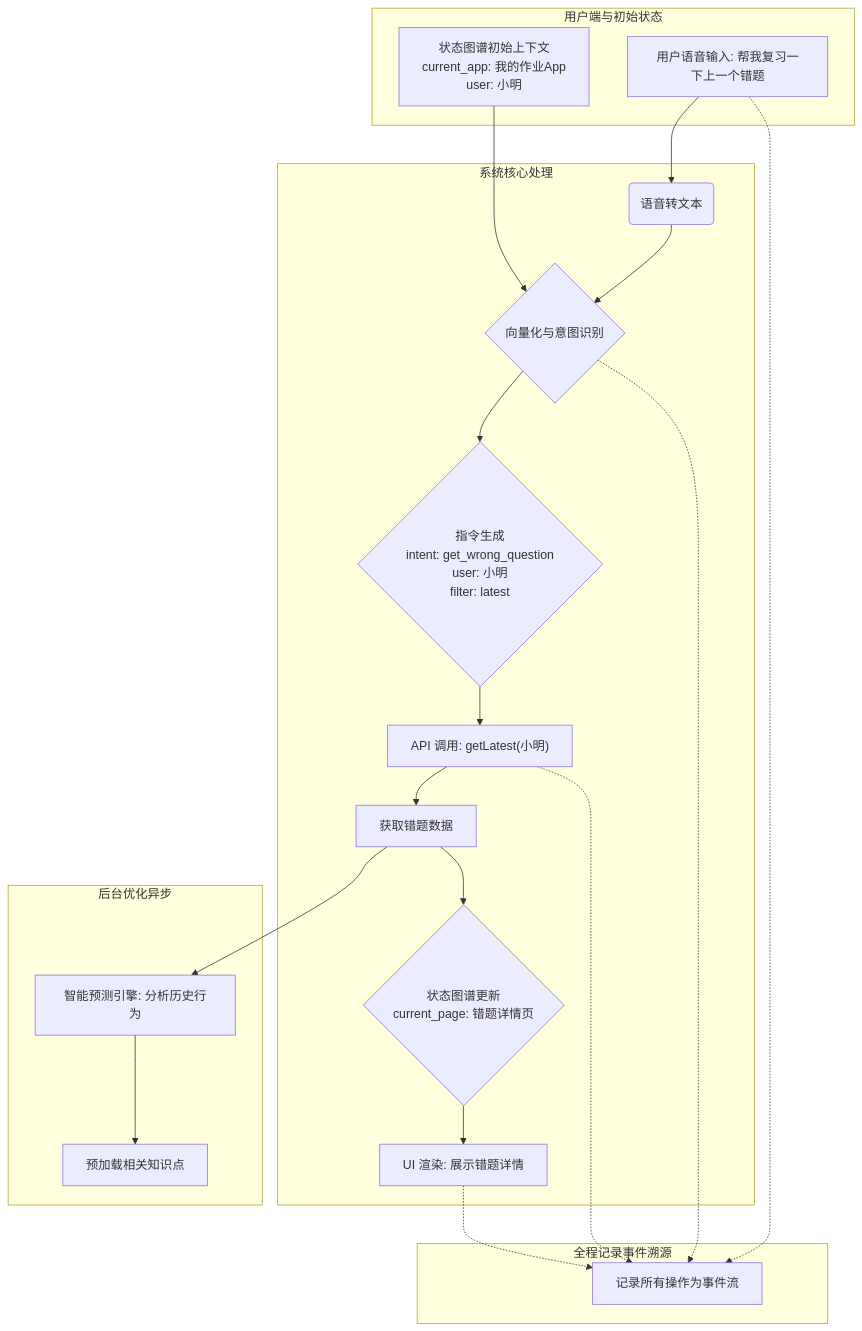
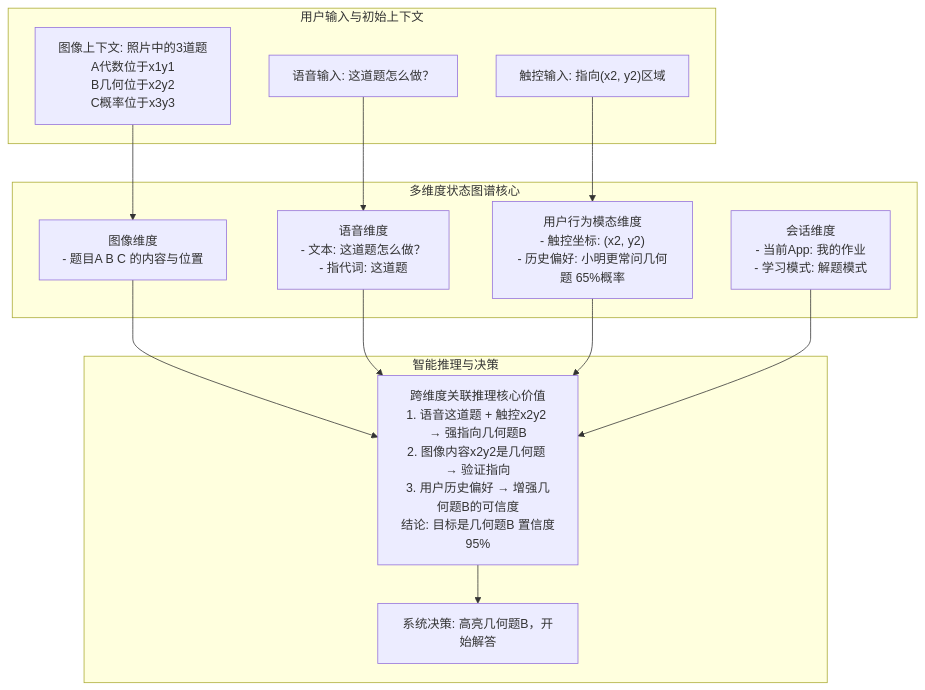
One commit to iheCoder/code_for_article changed the second of 3 diagrams in multimoding/多模态上下文管理探讨.md. Above: the diagram before and after it, drawn with Mermaid. The commit also changed other lines of this file, not shown here.

Commit message:
multi model article add flow char, cases

````diff
--- a/multimoding/多模态上下文管理探讨.md
+++ b/multimoding/多模态上下文管理探讨.md
@@ -445,43 +622,29 @@
 ```mermaid
 graph TD
-    subgraph 用户端与初始状态
-        A["用户语音输入: 帮我复习一下上一个错题"]
-        D["状态图谱初始上下文<br/>current_app: 我的作业App<br/>user: 小明"]
+    subgraph 用户输入与初始上下文
+        A["语音输入: 这道题怎么做？"]
+        B["触控输入: 指向(x2, y2)区域"]
+        C["图像上下文: 照片中的3道题<br/>A代数位于x1y1<br/>B几何位于x2y2<br/>C概率位于x3y3"]
     end
 
-    subgraph 系统核心处理
-        B("语音转文本")
-        C{"向量化与意图识别"}
-        E{"指令生成<br/>intent: get_wrong_question<br/>user: 小明<br/>filter: latest"}
-        F["API 调用: getLatest(小明)"]
-        G["获取错题数据"]
-        H{"状态图谱更新<br/>current_page: 错题详情页"}
-        I["UI 渲染: 展示错题详情"]
+    subgraph 多维度状态图谱核心
+        D["图像维度<br/>- 题目A B C 的内容与位置"]
+        E["语音维度<br/>- 文本: 这道题怎么做？<br/>- 指代词: 这道题"]
+        F["用户行为模态维度<br/>- 触控坐标: (x2, y2)<br/>- 历史偏好: 小明更常问几何题 65%概率"]
+        G["会话维度<br/>- 当前App: 我的作业<br/>- 学习模式: 解题模式"]
     end
 
-    subgraph 后台优化异步
-        J["智能预测引擎: 分析历史行为"]
-        K["预加载相关知识点"]
+    subgraph 智能推理与决策
+        H["跨维度关联推理核心价值<br/>1. 语音这道题 + 触控x2y2 → 强指向几何题B<br/>2. 图像内容x2y2是几何题 → 验证指向<br/>3. 用户历史偏好 → 增强几何题B的可信度<br/>结论: 目标是几何题B 置信度95%"]
+        I["系统决策: 高亮几何题B，开始解答"]
     end
 
-    subgraph 全程记录事件溯源
-        L["记录所有操作为事件流"]
-    end
-
-    A --> B
-    B --> C
-    D --> C
-    C --> E
-    E --> F
-    F --> G
+    A --> E
+    B --> F
+    C --> D
+    D --> H
+    E --> H
+    F --> H
     G --> H
     H --> I
-
-    G --> J
-    J --> K
-
-    A -.-> L
-    C -.-> L
-    F -.-> L
-    I -.-> L
 ```
````
